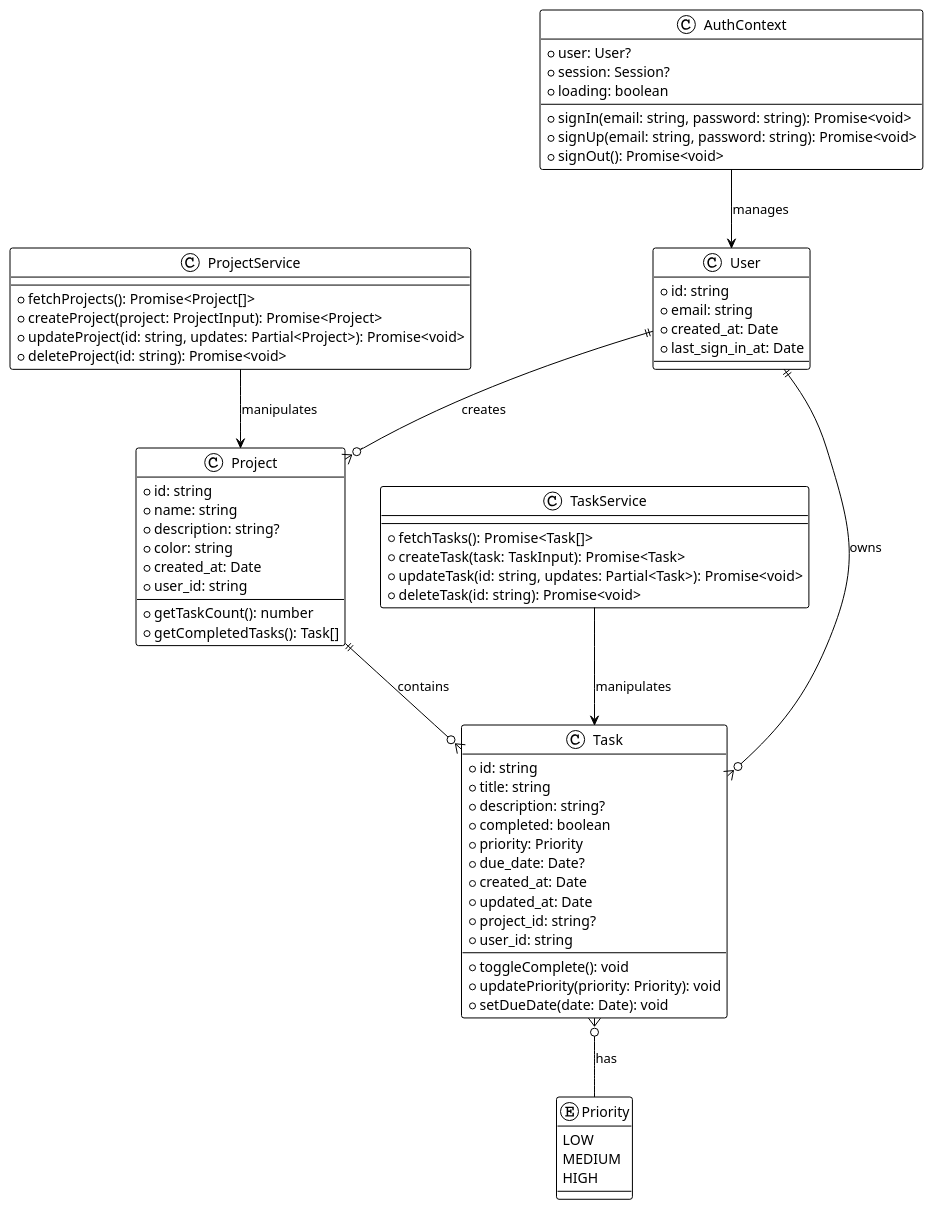
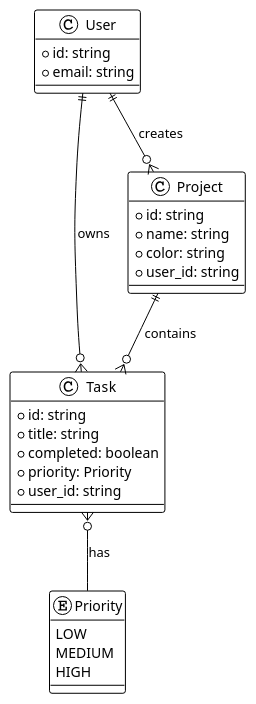
Before and after one commit to Karthik7664/task_management: the diagram in docs/diagrams/class-diagram.puml, drawn with PlantUML. The commit also changed 4 other files, not shown here.

Commit message:
Simplify UML Diagrams

```diff
--- a/docs/diagrams/class-diagram.puml
+++ b/docs/diagrams/class-diagram.puml
@@ -1,77 +1,36 @@
 @startuml
 !theme plain
 skinparam backgroundColor white
 
 class User {
   +id: string
   +email: string
-  +created_at: Date
-  +last_sign_in_at: Date
 }
 
 class Task {
   +id: string
   +title: string
-  +description: string?
   +completed: boolean
   +priority: Priority
-  +due_date: Date?
-  +created_at: Date
-  +updated_at: Date
-  +project_id: string?
   +user_id: string
-  +toggleComplete(): void
-  +updatePriority(priority: Priority): void
-  +setDueDate(date: Date): void
 }
 
 class Project {
   +id: string
   +name: string
-  +description: string?
   +color: string
-  +created_at: Date
   +user_id: string
-  +getTaskCount(): number
-  +getCompletedTasks(): Task[]
 }
 
 enum Priority {
   LOW
   MEDIUM
   HIGH
 }
 
-class AuthContext {
-  +user: User?
-  +session: Session?
-  +loading: boolean
-  +signIn(email: string, password: string): Promise<void>
-  +signUp(email: string, password: string): Promise<void>
-  +signOut(): Promise<void>
-}
-
-class TaskService {
-  +fetchTasks(): Promise<Task[]>
-  +createTask(task: TaskInput): Promise<Task>
-  +updateTask(id: string, updates: Partial<Task>): Promise<void>
-  +deleteTask(id: string): Promise<void>
-}
-
-class ProjectService {
-  +fetchProjects(): Promise<Project[]>
-  +createProject(project: ProjectInput): Promise<Project>
-  +updateProject(id: string, updates: Partial<Project>): Promise<void>
-  +deleteProject(id: string): Promise<void>
-}
-
 User ||--o{ Task : owns
 User ||--o{ Project : creates
 Project ||--o{ Task : contains
 Task }o-- Priority : has
 
-AuthContext --> User : manages
-TaskService --> Task : manipulates
-ProjectService --> Project : manipulates
-
 @enduml
```
